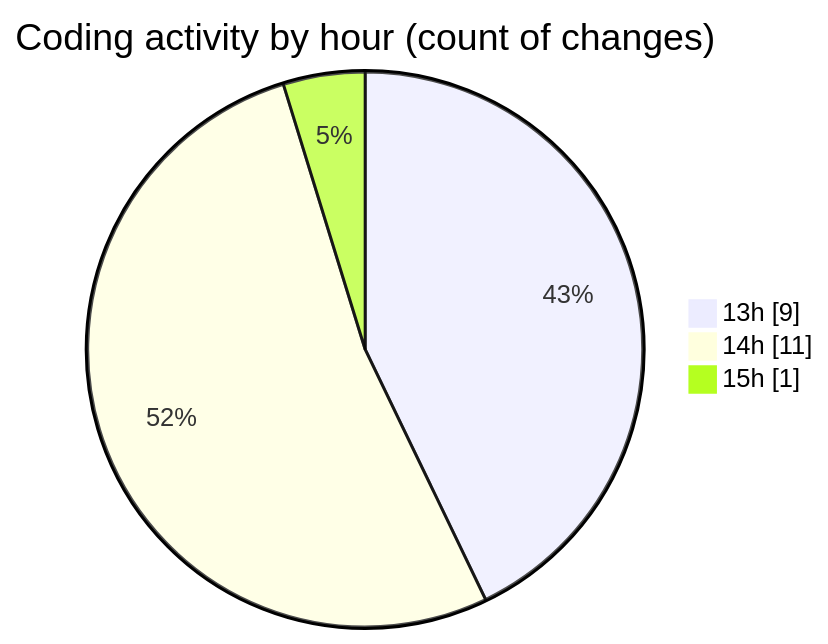
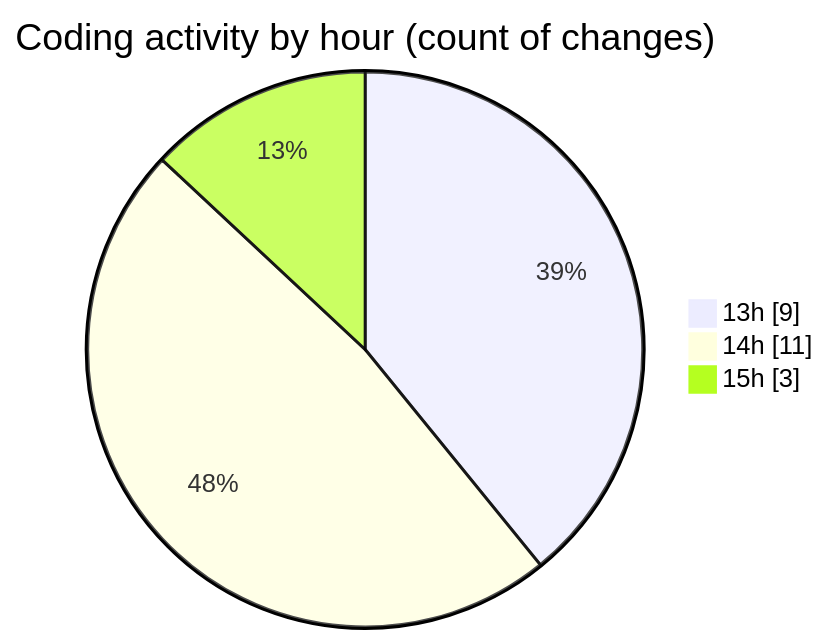
Before and after one commit to NitaiMahat/code-tracking: the second of 2 diagrams in 2025-03-08/computer_202/README.md, drawn with Mermaid. The commit also changed other lines of this file and 1 other file, not shown here.

````diff
--- a/2025-03-08/computer_202/README.md
+++ b/2025-03-08/computer_202/README.md
@@ -34,7 +35,7 @@
 ```mermaid
 pie showData
 title Coding activity by hour (count of changes)
 "13h" : 9
 "14h" : 11
-"15h" : 1
+"15h" : 3
 ```
````
